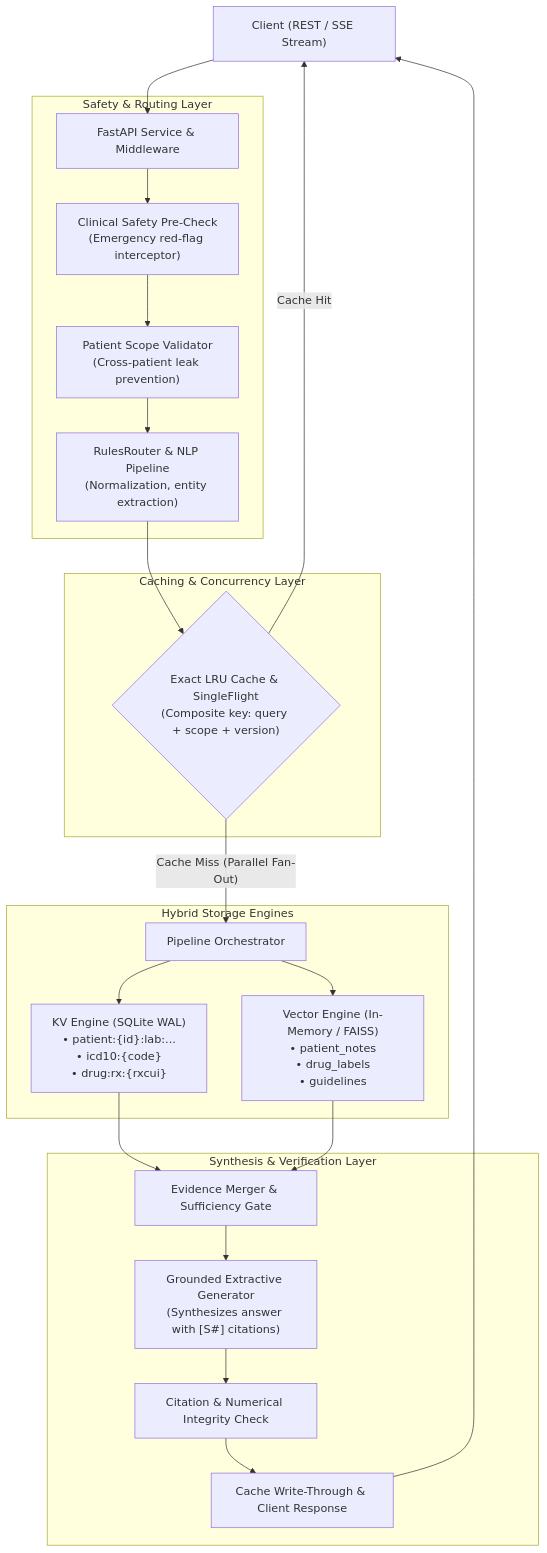
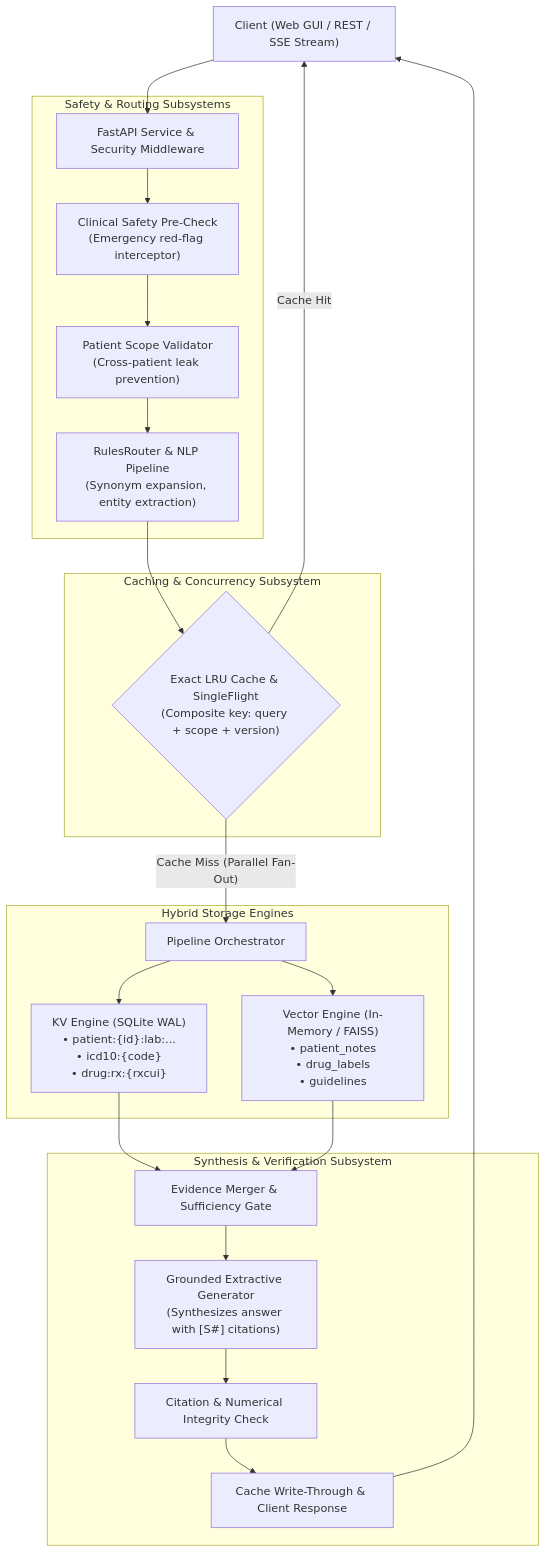
The first of 3 diagrams in README.md (Snorlax231155/kv-vector-db), drawn with Mermaid before and after one commit. The commit also changed other lines of this file and 10 other files, not shown here.

Commit message:
feat: Capstone project presentation, interactive clinical dashboard, and comprehensive architectural documentation

````diff
--- a/README.md
+++ b/README.md
@@ -144,31 +156,31 @@
 ```mermaid
 flowchart TD
-    Client["Client (REST / SSE Stream)"] --> API["FastAPI Service & Middleware"]
+    Client["Client (Web GUI / REST / SSE Stream)"] --> API["FastAPI Service & Security Middleware"]
     
-    subgraph S1["Safety & Routing Layer"]
+    subgraph S1["Safety & Routing Subsystems"]
         API --> Safety["Clinical Safety Pre-Check<br/>(Emergency red-flag interceptor)"]
         Safety --> Scope["Patient Scope Validator<br/>(Cross-patient leak prevention)"]
-        Scope --> Router["RulesRouter & NLP Pipeline<br/>(Normalization, entity extraction)"]
+        Scope --> Router["RulesRouter & NLP Pipeline<br/>(Synonym expansion, entity extraction)"]
     end
     
-    subgraph S2["Caching & Concurrency Layer"]
+    subgraph S2["Caching & Concurrency Subsystem"]
         Router --> Cache{"Exact LRU Cache & SingleFlight<br/>(Composite key: query + scope + version)"}
     end
     
     subgraph S3["Hybrid Storage Engines"]
         Cache -- "Cache Miss (Parallel Fan-Out)" --> Orchestrator["Pipeline Orchestrator"]
         Orchestrator --> KV["KV Engine (SQLite WAL)<br/>• patient:{id}:lab:...<br/>• icd10:{code}<br/>• drug:rx:{rxcui}"]
         Orchestrator --> VEC["Vector Engine (In-Memory / FAISS)<br/>• patient_notes<br/>• drug_labels<br/>• guidelines"]
     end
     
-    subgraph S4["Synthesis & Verification Layer"]
+    subgraph S4["Synthesis & Verification Subsystem"]
         KV --> Merge["Evidence Merger & Sufficiency Gate"]
         VEC --> Merge
         Merge --> Gen["Grounded Extractive Generator<br/>(Synthesizes answer with [S#] citations)"]
         Gen --> CitCheck["Citation & Numerical Integrity Check"]
         CitCheck --> CacheWrite["Cache Write-Through & Client Response"]
     end
     
     Cache -- "Cache Hit" --> Client
     CacheWrite --> Client
 ```
````
